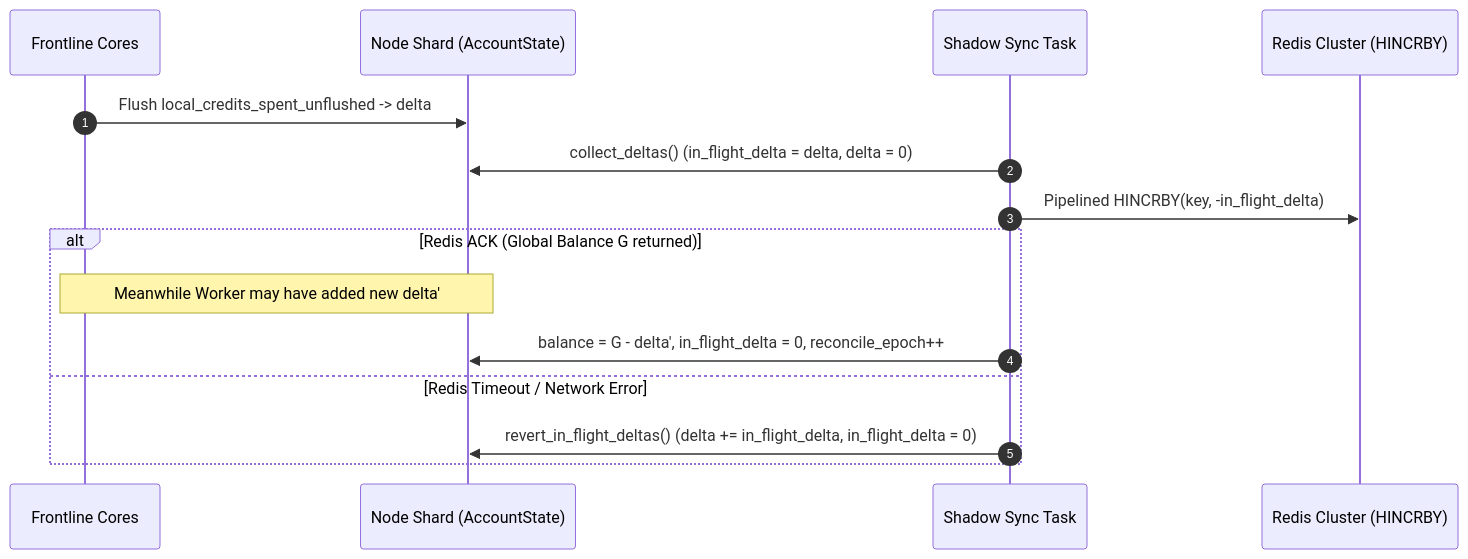
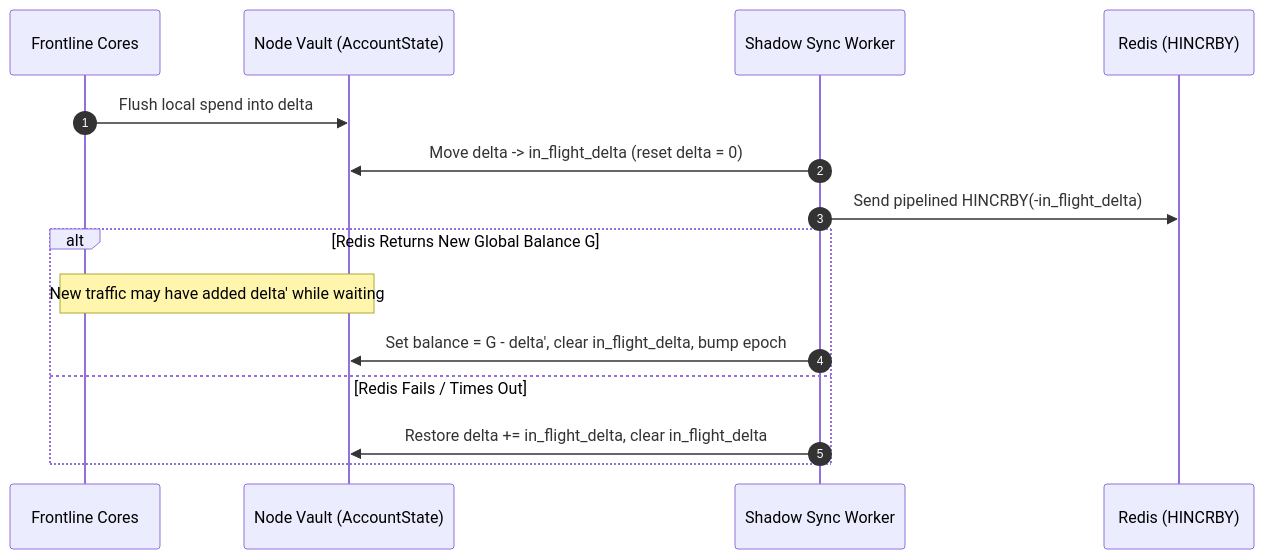
Before and after one commit to phucle996/velda-edge: the third of 3 diagrams in crates/velda-plugin/src/pre_upstream/api_metering/ARCHITECTURE.md, drawn with Mermaid. The commit also changed other lines of this file and 2 other files, not shown here.

````diff
--- a/crates/velda-plugin/src/pre_upstream/api_metering/ARCHITECTURE.md
+++ b/crates/velda-plugin/src/pre_upstream/api_metering/ARCHITECTURE.md
@@ -171,19 +142,19 @@
 ```mermaid
 sequenceDiagram
     autonumber
     participant Worker as Frontline Cores
-    participant Shard as Node Shard (AccountState)
-    participant Shadow as Shadow Sync Task
-    participant Redis as Redis Cluster (HINCRBY)
+    participant Node as Node Vault (AccountState)
+    participant Shadow as Shadow Sync Worker
+    participant Redis as Redis (HINCRBY)
 
-    Worker->>Shard: Flush local_credits_spent_unflushed -> delta
-    Shadow->>Shard: collect_deltas() (in_flight_delta = delta, delta = 0)
-    Shadow->>Redis: Pipelined HINCRBY(key, -in_flight_delta)
+    Worker->>Node: Flush local spend into delta
+    Shadow->>Node: Move delta -> in_flight_delta (reset delta = 0)
+    Shadow->>Redis: Send pipelined HINCRBY(-in_flight_delta)
 
-    alt Redis ACK (Global Balance G returned)
-        Note over Worker,Shard: Meanwhile Worker may have added new delta'
-        Shadow->>Shard: balance = G - delta', in_flight_delta = 0, reconcile_epoch++
-    else Redis Timeout / Network Error
-        Shadow->>Shard: revert_in_flight_deltas() (delta += in_flight_delta, in_flight_delta = 0)
+    alt Redis Returns New Global Balance G
+        Note over Worker,Node: New traffic may have added delta' while waiting
+        Shadow->>Node: Set balance = G - delta', clear in_flight_delta, bump epoch
+    else Redis Fails / Times Out
+        Shadow->>Node: Restore delta += in_flight_delta, clear in_flight_delta
     end
 ```
````
